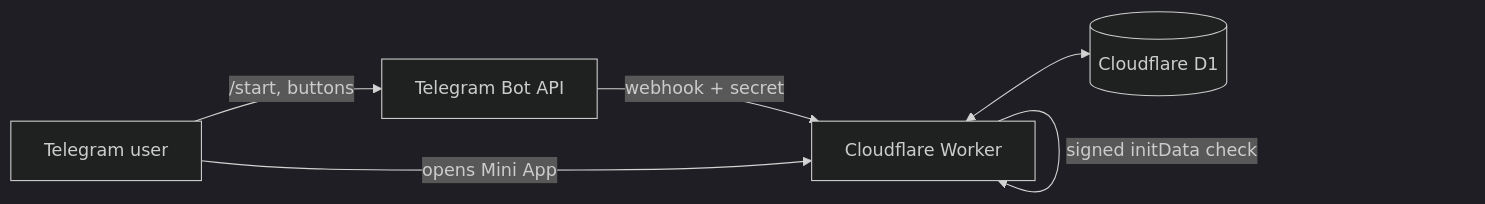
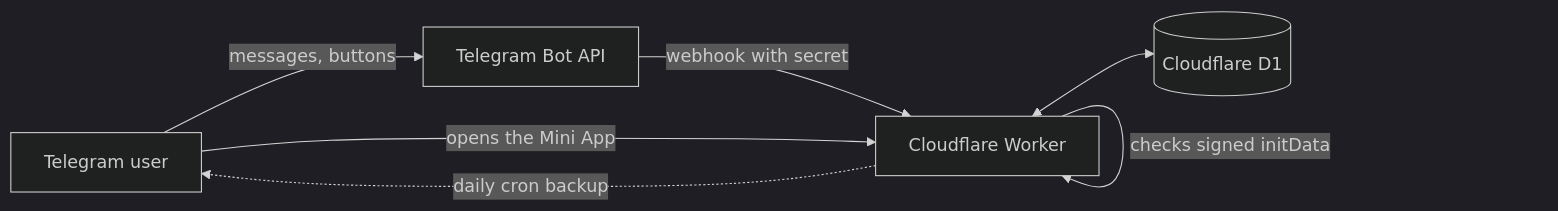
One commit to alireza-yahyae/dormledger changed the third of 3 diagrams in README.md. Above: the diagram before and after it, drawn with Mermaid (dark theme). The commit also changed other lines of this file and 41 other files, not shown here.

````diff
--- a/README.md
+++ b/README.md
@@ -47,8 +293,9 @@
 ```mermaid
 flowchart LR
-  U[Telegram user] -->|/start, buttons| B[Telegram Bot API]
-  B -->|webhook + secret| W[Cloudflare Worker]
-  U -->|opens Mini App| W
-  W -->|signed initData check| W
+  U[Telegram user] -->|messages, buttons| B[Telegram Bot API]
+  B -->|webhook with secret| W[Cloudflare Worker]
+  U -->|opens the Mini App| W
+  W -->|checks signed initData| W
   W <--> D[(Cloudflare D1)]
+  W -.->|daily cron backup| U
 ```
````
